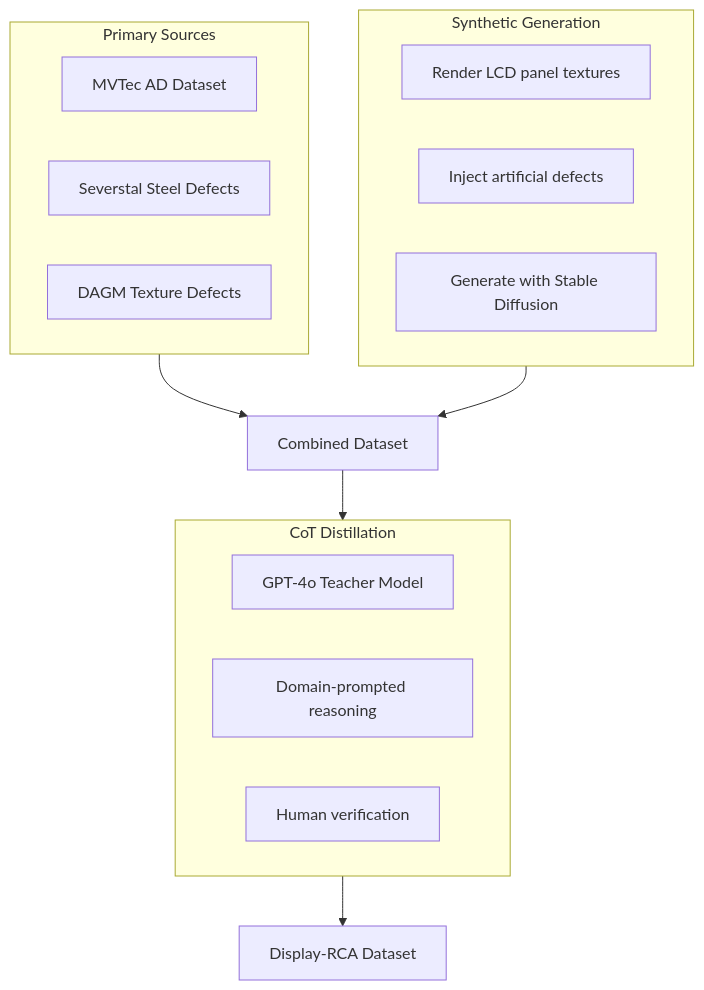
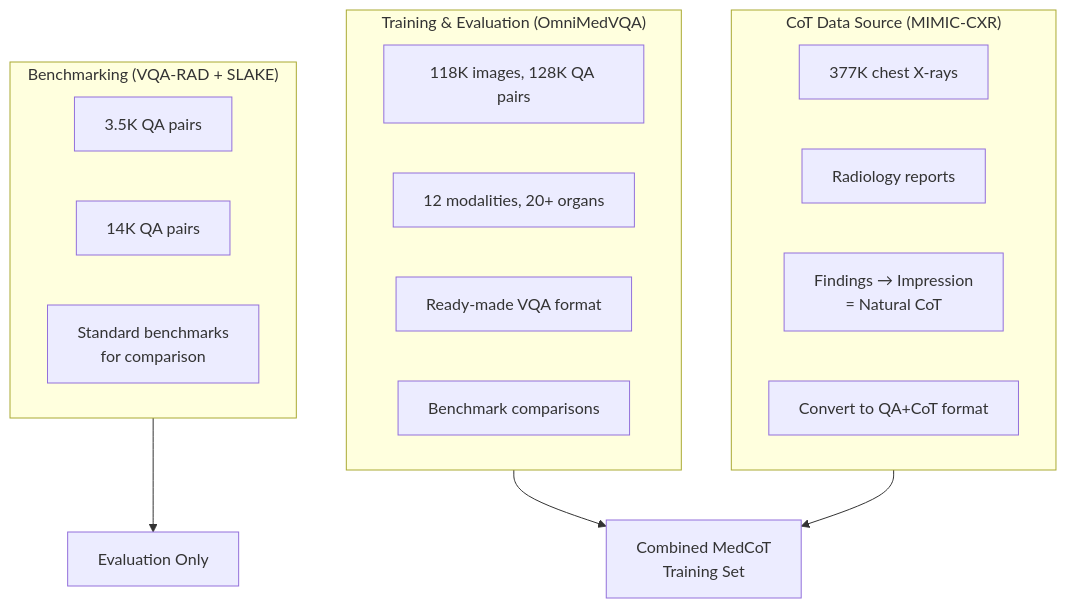
The second of 3 diagrams in PROJECT_PLAN.md (Shengan01/Visual-Chain-of-Thought), drawn with Mermaid before and after one commit. The commit also changed other lines of this file and 7 other files, not shown here.

````diff
--- a/PROJECT_PLAN.md
+++ b/PROJECT_PLAN.md
@@ -94,24 +43,26 @@
 ```mermaid
 flowchart TD
-    subgraph Primary["Primary Sources"]
-        A["MVTec AD Dataset"]
-        B["Severstal Steel Defects"]
-        C["DAGM Texture Defects"]
+    subgraph Training["Training & Evaluation (OmniMedVQA)"]
+        A["118K images, 128K QA pairs"]
+        B["12 modalities, 20+ organs"]
+        C["Ready-made VQA format"]
+        D["Benchmark comparisons"]
     end
     
-    subgraph Synthetic["Synthetic Generation"]
-        D["Render LCD panel textures"]
-        E["Inject artificial defects"]
-        F["Generate with Stable Diffusion"]
+    subgraph CoT["CoT Data Source (MIMIC-CXR)"]
+        E["377K chest X-rays"]
+        F["Radiology reports"]
+        G["Findings → Impression\n= Natural CoT"]
+        H["Convert to QA+CoT format"]
     end
     
-    subgraph Distillation["CoT Distillation"]
-        G["GPT-4o Teacher Model"]
-        H["Domain-prompted reasoning"]
-        I["Human verification"]
+    subgraph SmallBench["Benchmarking (VQA-RAD + SLAKE)"]
+        I["3.5K QA pairs"]
+        J["14K QA pairs"]
+        K["Standard benchmarks\nfor comparison"]
     end
     
-    Primary --> J["Combined Dataset"]
-    Synthetic --> J
-    J --> Distillation --> K["Display-RCA Dataset"]
+    Training --> L["Combined MedCoT\nTraining Set"]
+    CoT --> L
+    SmallBench --> M["Evaluation Only"]
 ```
````
